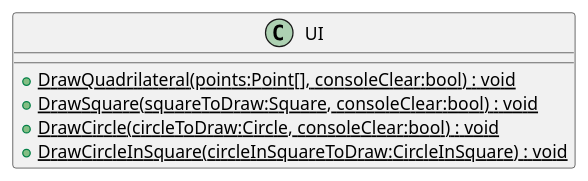
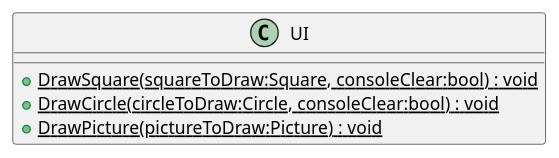
Before and after one commit to 19vano97/levelUpOOP: the diagram in plantuml/20240701_HW_Inheritence/UI.puml, drawn with PlantUML. The commit also changed 35 other files, not shown here.

```diff
--- a/plantuml/20240701_HW_Inheritence/UI.puml
+++ b/plantuml/20240701_HW_Inheritence/UI.puml
@@ -1,8 +1,7 @@
 @startuml
 class UI {
-    + {static} DrawQuadrilateral(points:Point[], consoleClear:bool) : void
     + {static} DrawSquare(squareToDraw:Square, consoleClear:bool) : void
     + {static} DrawCircle(circleToDraw:Circle, consoleClear:bool) : void
-    + {static} DrawCircleInSquare(circleInSquareToDraw:CircleInSquare) : void
+    + {static} DrawPicture(pictureToDraw:Picture) : void
 }
 @enduml
```
